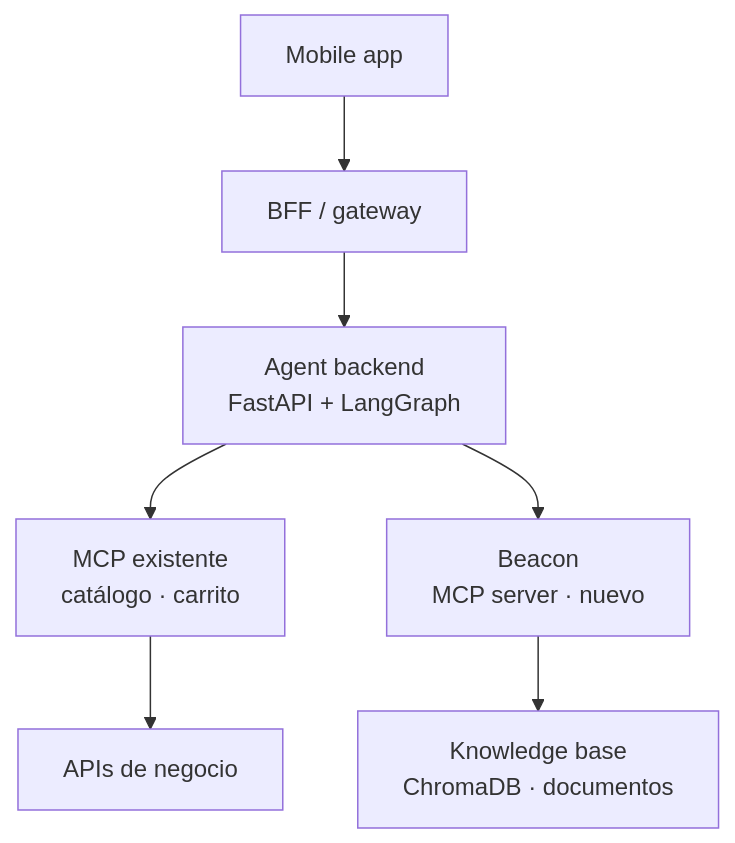
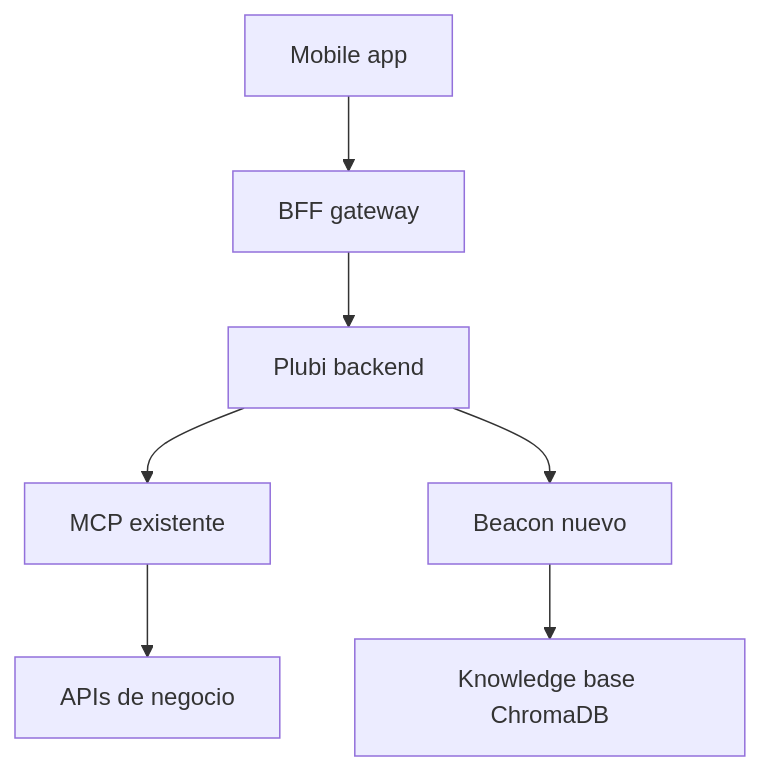
The first of 2 diagrams in README.md (jesescobar/beacon), drawn with Mermaid before and after one commit. The commit also changed other lines of this file, not shown here.

Commit message:
docs: fix Mermaid diagrams remove br tags

````diff
--- a/README.md
+++ b/README.md
@@ -13,9 +13,9 @@
 ```mermaid
 flowchart TD
-    A[Mobile app] --> B[BFF / gateway]
-    B --> C["Agent backend<br/>FastAPI + LangGraph"]
-    C --> D["MCP existente<br/>catálogo · carrito"]
-    C --> E["Beacon<br/>MCP server · nuevo"]
+    A[Mobile app] --> B[BFF gateway]
+    B --> C[Plubi backend]
+    C --> D[MCP existente]
+    C --> E[Beacon nuevo]
     D --> F[APIs de negocio]
-    E --> G["Knowledge base<br/>ChromaDB · documentos"]
+    E --> G[Knowledge base ChromaDB]
 ```
````
